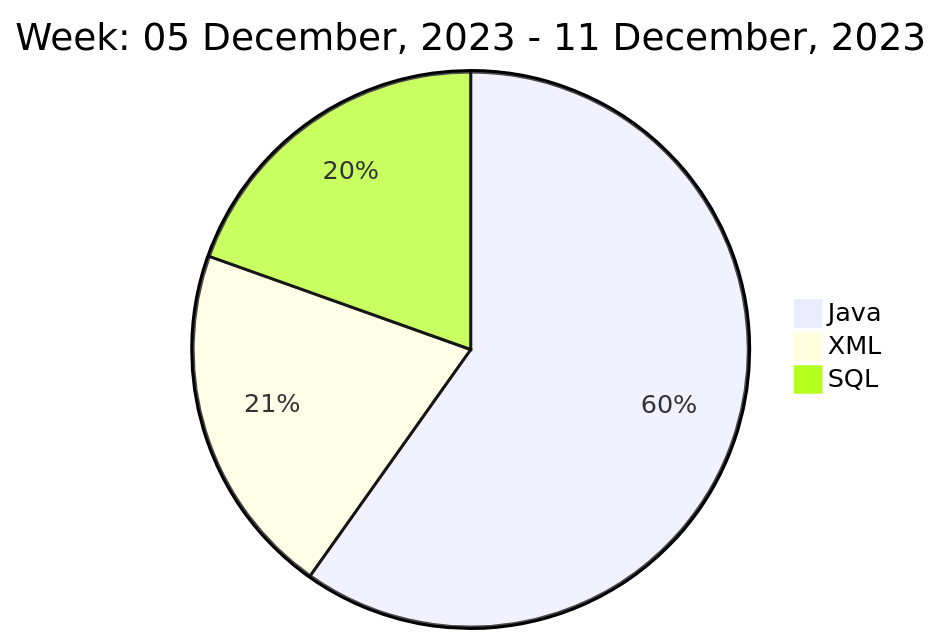
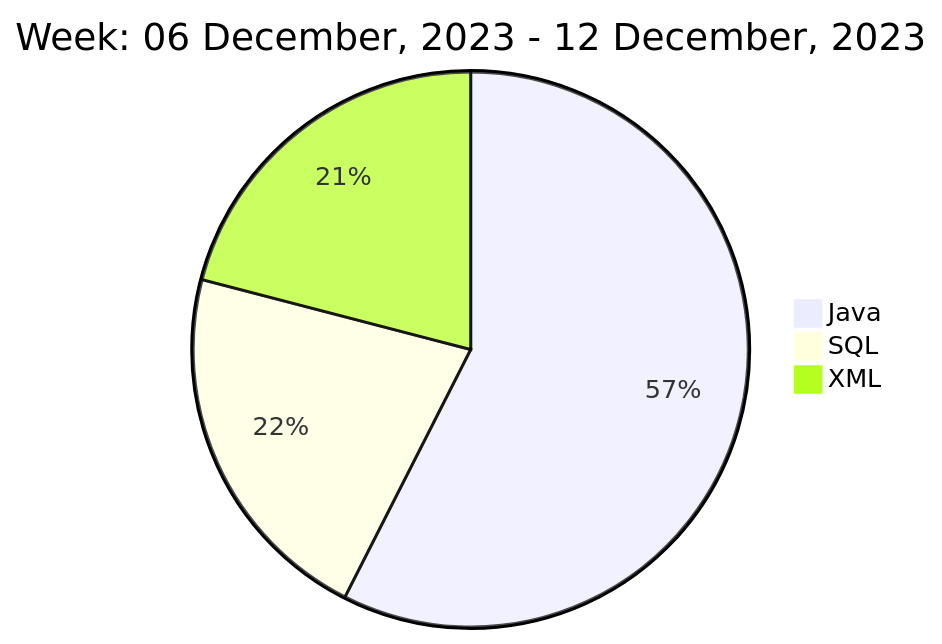
One commit to liubin95/liubin95 changed the diagram in README.md. Above: the diagram before and after it, drawn with Mermaid.

Commit message:
Updated the Graph with new Metrics

````diff
--- a/README.md
+++ b/README.md
@@ -37,7 +37,7 @@
 ```mermaid
  pie
-title Week: 05 December, 2023 - 11 December, 2023
- "Java" : 6.73
- "XML" : 2.32
- "SQL" : 2.2
+title Week: 06 December, 2023 - 12 December, 2023
+ "Java" : 6.53
+ "SQL" : 2.45
+ "XML" : 2.38
 ```
````
